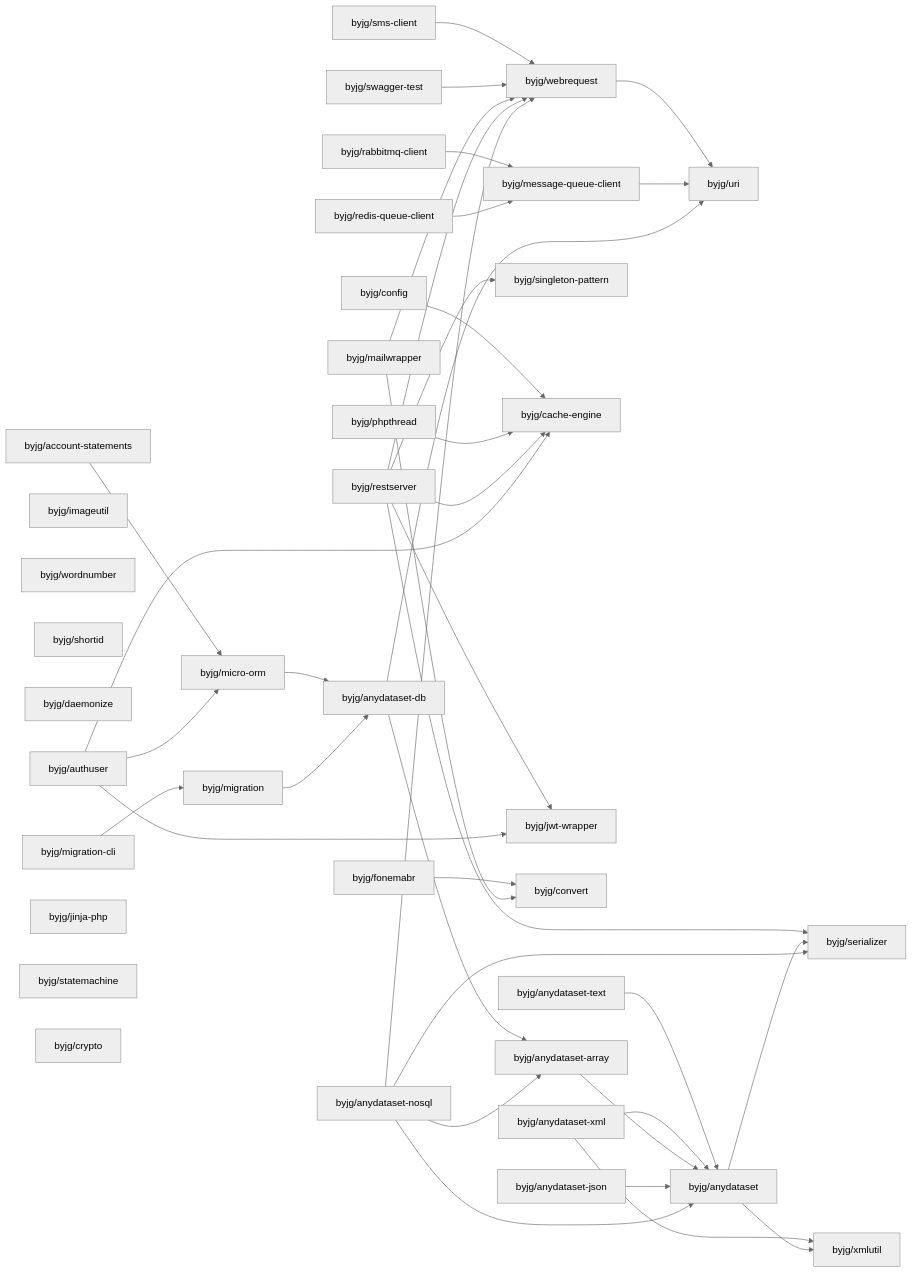
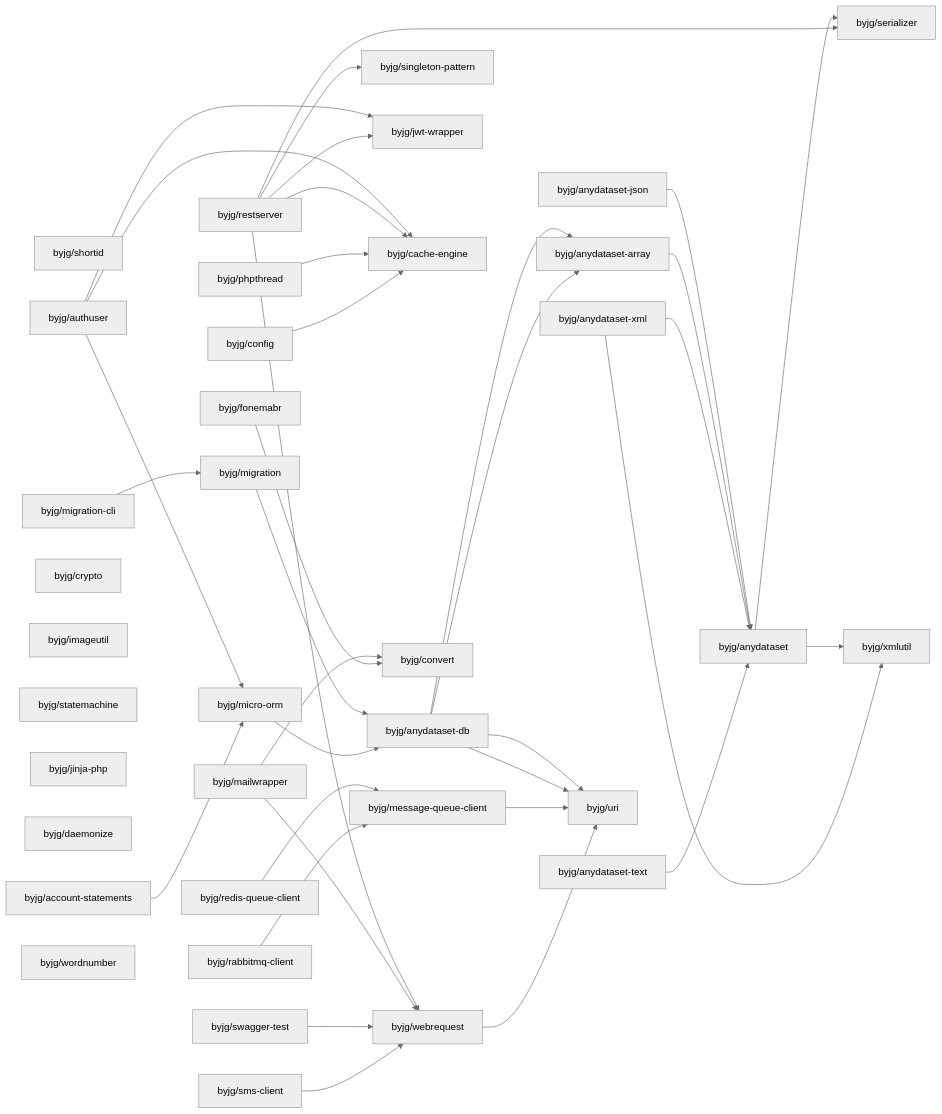
Before and after one commit to byjg/byjg.github.io: the diagram in php/README.md, drawn with Mermaid (neutral theme). The commit also changed 1 other file, not shown here.

Commit message:
Update documentation 'php' 'php-anydataset-nosql'

````diff
--- a/php/README.md
+++ b/php/README.md
@@ -3,76 +3,73 @@
 ```mermaid
 graph LR;
-  byjg/phpthread;
+  byjg/shortid;
+  byjg/swagger-test;
+  byjg/anydataset-json;
+  byjg/anydataset-text;
+  byjg/redis-queue-client;
+  byjg/account-statements;
+  byjg/config;
   byjg/anydataset-xml;
+  byjg/sms-client;
   byjg/authuser;
-  byjg/config;
-  byjg/sms-client;
-  byjg/restserver;
-  byjg/anydataset-nosql;
-  byjg/imageutil;
-  byjg/wordnumber;
-  byjg/shortid;
-  byjg/daemonize;
-  byjg/account-statements;
-  byjg/migration-cli;
-  byjg/fonemabr;
-  byjg/redis-queue-client;
-  byjg/mailwrapper;
-  byjg/jinja-php;
-  byjg/anydataset-text;
-  byjg/statemachine;
-  byjg/swagger-test;
   byjg/crypto;
   byjg/rabbitmq-client;
-  byjg/anydataset-json;
+  byjg/imageutil;
+  byjg/restserver;
+  byjg/statemachine;
+  byjg/fonemabr;
+  byjg/phpthread;
+  byjg/jinja-php;
+  byjg/daemonize;
+  byjg/mailwrapper;
+  byjg/migration-cli;
+  byjg/wordnumber;
+  byjg/micro-orm;
+  byjg/message-queue-client;
   byjg/singleton-pattern;
+  byjg/jwt-wrapper;
   byjg/cache-engine;
-  byjg/jwt-wrapper;
-  byjg/micro-orm;
-  byjg/migration;
   byjg/convert;
   byjg/webrequest;
-  byjg/message-queue-client;
+  byjg/migration;
   byjg/anydataset-db;
   byjg/anydataset-array;
   byjg/uri;
   byjg/anydataset;
   byjg/serializer;
   byjg/xmlutil;
   byjg/sms-client --> byjg/webrequest;
   byjg/fonemabr --> byjg/convert;
   byjg/config --> byjg/cache-engine;
   byjg/anydataset-text --> byjg/anydataset;
   byjg/webrequest --> byjg/uri;
   byjg/account-statements --> byjg/micro-orm;
   byjg/rabbitmq-client --> byjg/message-queue-client;
   byjg/micro-orm --> byjg/anydataset-db;
   byjg/phpthread --> byjg/cache-engine;
   byjg/swagger-test --> byjg/webrequest;
   byjg/anydataset-xml --> byjg/anydataset;
   byjg/anydataset-xml --> byjg/xmlutil;
   byjg/anydataset-array --> byjg/anydataset;
   byjg/mailwrapper --> byjg/convert;
   byjg/mailwrapper --> byjg/webrequest;
   byjg/message-queue-client --> byjg/uri;
   byjg/anydataset-db --> byjg/anydataset-array;
   byjg/anydataset-db --> byjg/uri;
   byjg/anydataset-json --> byjg/anydataset;
   byjg/migration --> byjg/anydataset-db;
   byjg/redis-queue-client --> byjg/message-queue-client;
   byjg/restserver --> byjg/serializer;
   byjg/restserver --> byjg/singleton-pattern;
   byjg/restserver --> byjg/cache-engine;
   byjg/restserver --> byjg/webrequest;
   byjg/restserver --> byjg/jwt-wrapper;
   byjg/authuser --> byjg/micro-orm;
   byjg/authuser --> byjg/cache-engine;
   byjg/authuser --> byjg/jwt-wrapper;
   byjg/migration-cli --> byjg/migration;
   byjg/anydataset --> byjg/serializer;
   byjg/anydataset --> byjg/xmlutil;
-  byjg/anydataset-nosql --> byjg/anydataset;
-  byjg/anydataset-nosql --> byjg/anydataset-array;
-  byjg/anydataset-nosql --> byjg/serializer;
-  byjg/anydataset-nosql --> byjg/webrequest;
+  byjg/anydataset-db --> byjg/anydataset-array;
+  byjg/anydataset-db --> byjg/uri;
 ```
````
